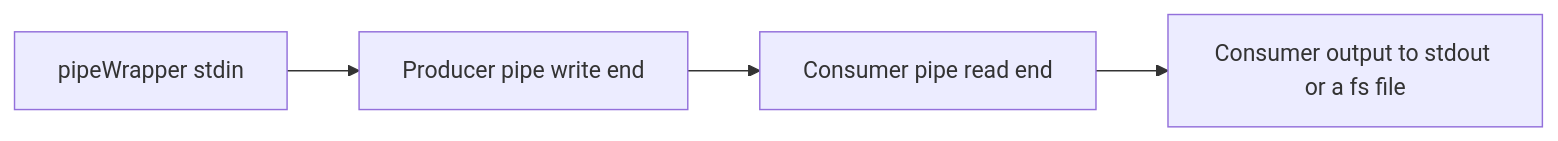
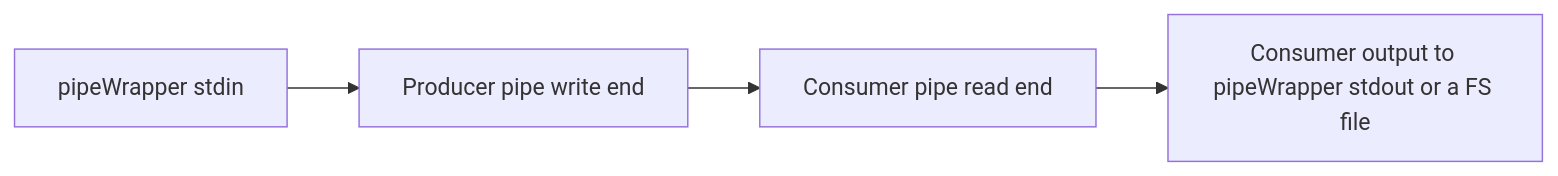
One commit to Siarhei-Yarkavy/pipeWrapper changed the first of 2 diagrams in README.md. Above: the diagram before and after it, drawn with Mermaid. The commit also changed other lines of this file and 3 other files, not shown here.

````diff
--- a/README.md
+++ b/README.md
@@ -43,5 +46,5 @@
 ```mermaid
 flowchart LR
 A[pipeWrapper stdin] --> B[Producer pipe write end]
---> C[Consumer pipe read end] --> D[Consumer output to stdout or a fs file]
+--> C[Consumer pipe read end] --> D[Consumer output to pipeWrapper stdout or a FS file]
 ```
````
